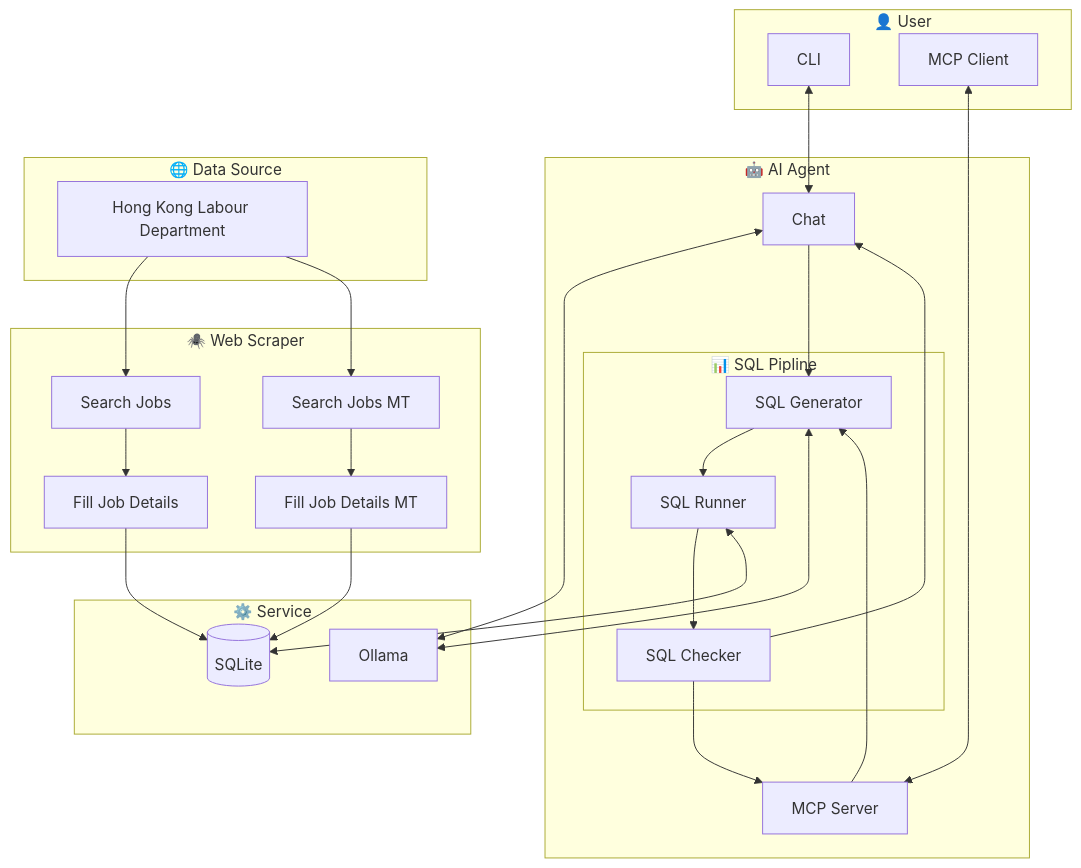
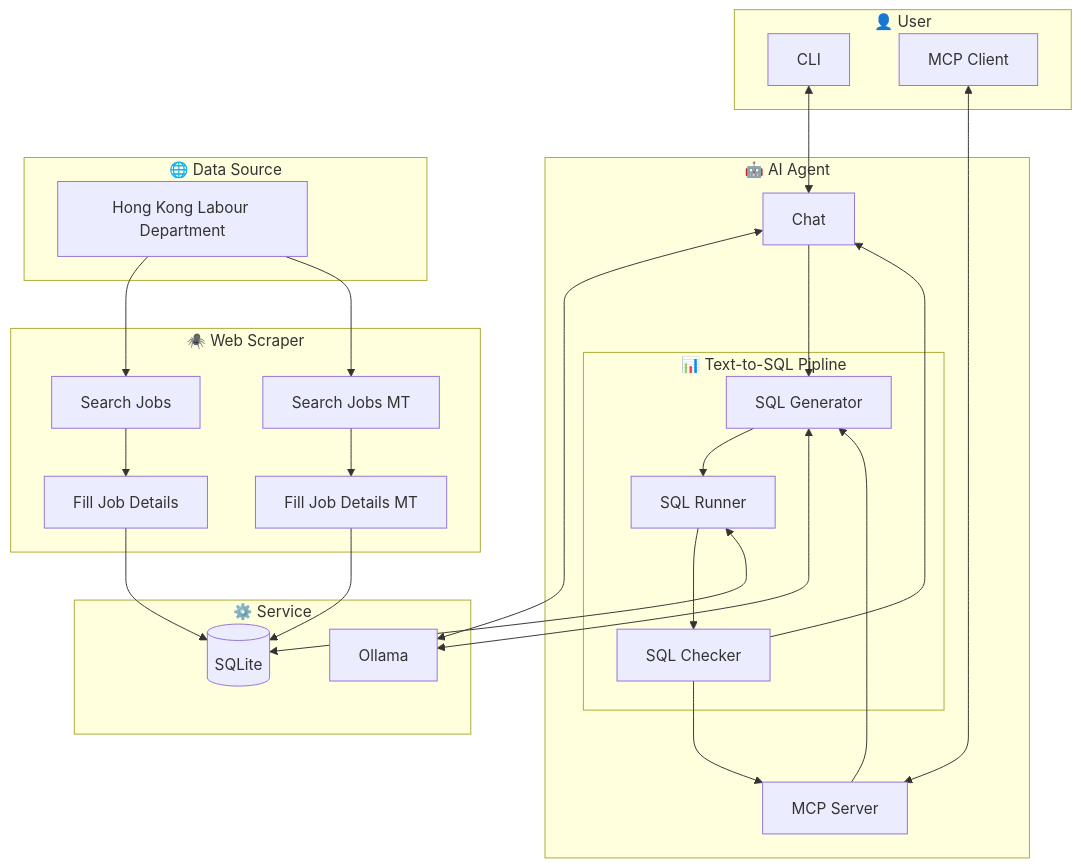
The diagram in README.md (JJ-Jacko/jobs_hk), drawn with Mermaid before and after one commit. The commit also changed 2 other files, not shown here.

Commit message:
fix(README): `SQL Pipline` -> `Text-to-SQL Pipline`.

````diff
--- a/README.md
+++ b/README.md
@@ -13,61 +13,61 @@
 ```mermaid
 flowchart
     subgraph User["👤 User"]
         CLI[CLI]
         MCP_CLIENT[MCP Client]
     end
 
     subgraph Scraper["🕷️ Web Scraper"]
         search_job[Search Jobs]
         search_job_mt[Search Jobs MT]
         fill_job[Fill Job Details]
         fill_job_mt[Fill Job Details MT]
     end
 
-    subgraph SQL_pipline["📊 SQL Pipline"]
+    subgraph SQL_pipline["📊 Text-to-SQL Pipline"]
         SQL_generator[SQL Generator]
         SQL_runner[SQL Runner]
         SQL_checker[SQL Checker]
     end
 
     subgraph AI["🤖 AI Agent"]
         chat[Chat]
         MCP_server[MCP Server]
         SQL_pipline
     end
 
     subgraph Service["⚙️ Service"]
         Ollama[Ollama]
         SQLite[(SQLite)]
     end
 
     subgraph DataSource["🌐 Data Source"]
         web_src[Hong Kong Labour Department]
     end
 
     CLI <--> chat
     MCP_CLIENT <--> MCP_server
 
     chat <--> Ollama
     chat --> SQL_generator
 
     MCP_server --> SQL_generator
 
     SQL_generator --> SQL_runner
     SQL_generator <--> Ollama
 
     SQL_runner --> SQL_checker
     SQL_runner <--> SQLite
 
     SQL_checker --> chat
     SQL_checker --> MCP_server
 
     web_src --> search_job
     web_src --> search_job_mt
 
     search_job --> fill_job
     search_job_mt --> fill_job_mt
 
     fill_job --> SQLite
     fill_job_mt --> SQLite
 ```
````
